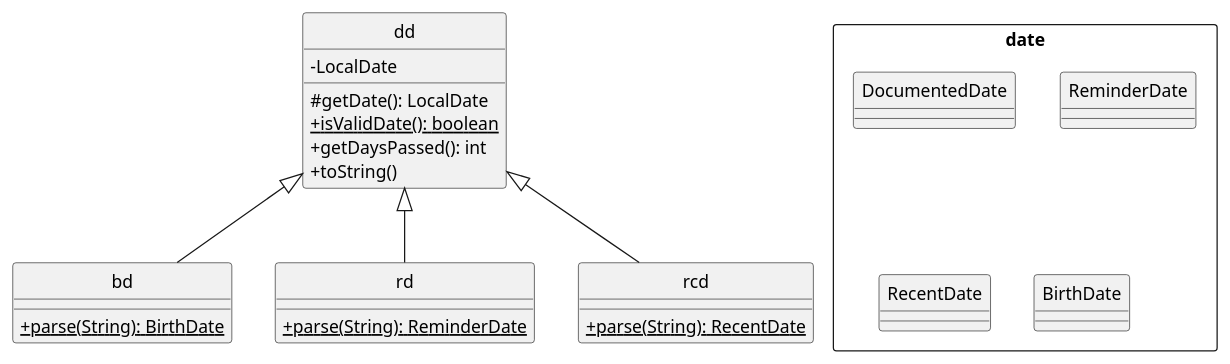
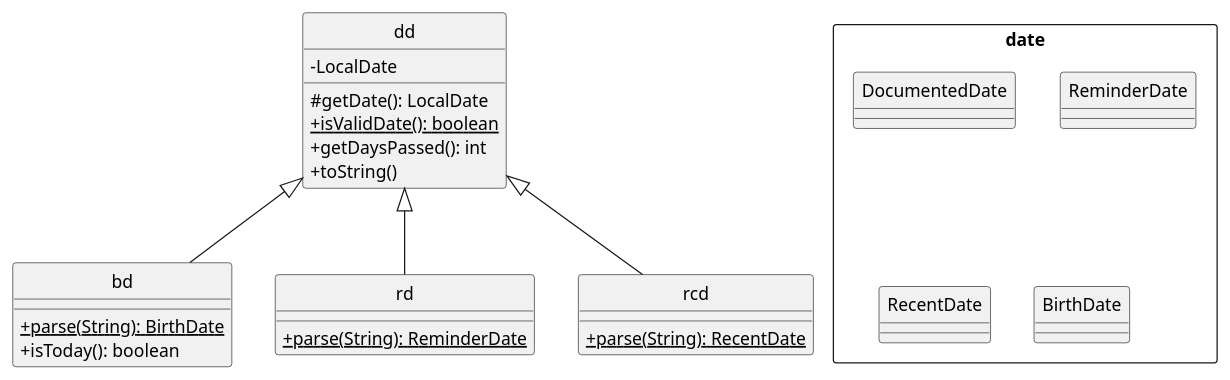
One commit to pyk595/tp changed the diagram in docs/diagrams/DocumentedDateClassDiagram.puml. Above: the diagram before and after it, drawn with PlantUML. The commit also changed 3 other files, not shown here.

Commit message:
Add create BirthDate sequence diagram

```diff
--- a/docs/diagrams/DocumentedDateClassDiagram.puml
+++ b/docs/diagrams/DocumentedDateClassDiagram.puml
@@ -1,40 +1,41 @@
 @startuml
 'https://plantuml.com/class-diagram
 hide circle
 skinparam classAttributeIconSize 0
 
 package date <<rectangle>> {
 class " DocumentedDate " as dd
 class " ReminderDate " as rd
 class " RecentDate " as rcd
 class " BirthDate " as bd
 }
 
 class dd {
 - LocalDate
 # getDate(): LocalDate
 + {static} isValidDate(): boolean
 + getDaysPassed(): int
 + toString()
 }
 
 class bd {
 + {static} parse(String): BirthDate
++ isToday(): boolean
 }
 
 class rcd {
 + {static} parse(String): RecentDate
 }
 
 class rd {
 + {static} parse(String): ReminderDate
 }
 dd <|-- rcd
 dd <|-- bd
 dd <|-- rd
 
 
 bd <-[hidden]right- rd
 rd <-[hidden]right- rcd
 
 @enduml
```
